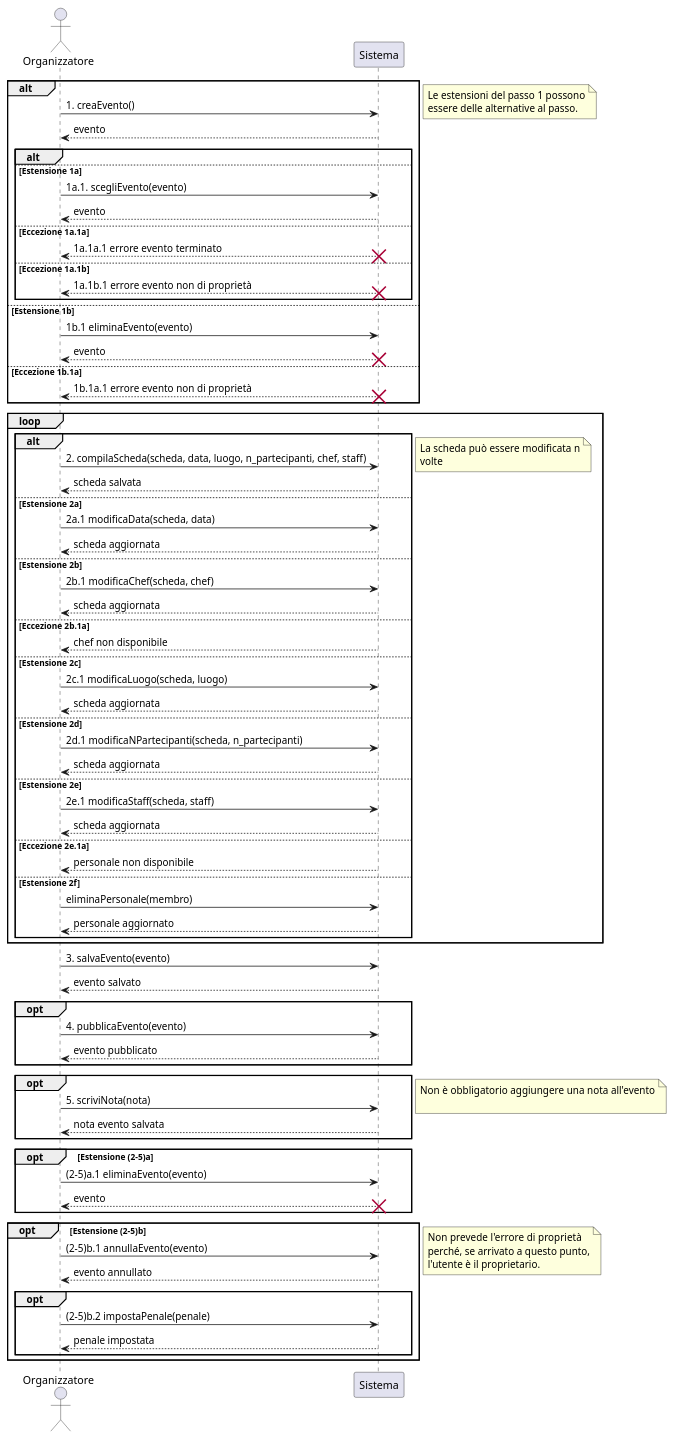
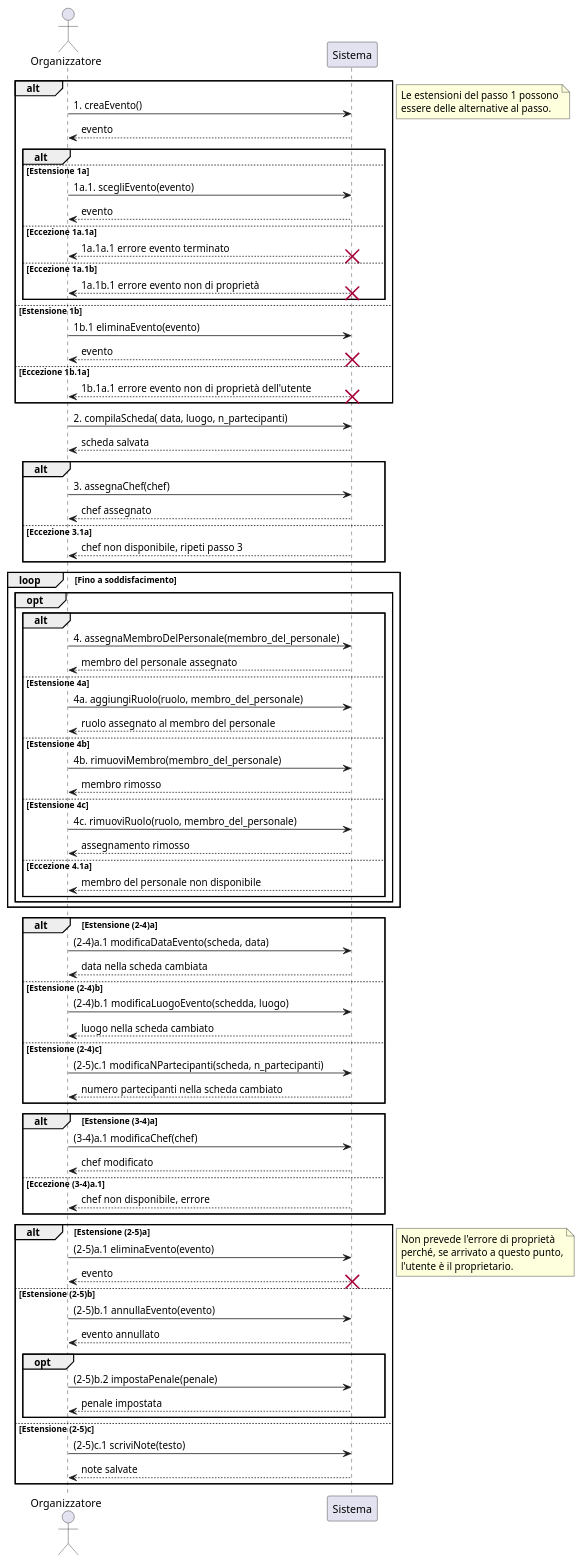
Before and after one commit to m0canu1/sas: the diagram in ssd/ssd-gestire-eventi.md, drawn with PlantUML. The commit also changed 1 other file, not shown here.

Commit message:
ssd aggiornati

````diff
--- a/ssd/ssd-gestire-eventi.md
+++ b/ssd/ssd-gestire-eventi.md
@@ -22,69 +22,70 @@
 		Sistema --> Organizzatore: evento
 		destroy Sistema
 	else Eccezione 1b.1a
-		Sistema --> Organizzatore : 1b.1a.1 errore evento non di proprietà
+		Sistema --> Organizzatore : 1b.1a.1 errore evento non di proprietà dell'utente
 		destroy Sistema
 
 end
-note right: Le estensioni del passo 1 possono\nessere delle alternative al passo.
-    loop 
-            alt
-    	    Organizzatore -> Sistema : 2. compilaScheda(scheda, data, luogo, n_partecipanti, chef, staff)
-    		Sistema --> Organizzatore : scheda salvata
-            else Estensione 2a
-    			Organizzatore -> Sistema : 2a.1 modificaData(scheda, data)
-    			Sistema --> Organizzatore : scheda aggiornata
-    		else Estensione 2b 
-                Organizzatore -> Sistema : 2b.1 modificaChef(scheda, chef)
-                Sistema --> Organizzatore : scheda aggiornata
-    		else Eccezione 2b.1a 
-    			Sistema --> Organizzatore : chef non disponibile
-            else Estensione 2c
-                Organizzatore -> Sistema : 2c.1 modificaLuogo(scheda, luogo)
-                Sistema --> Organizzatore: scheda aggiornata
-            else Estensione 2d
-                Organizzatore -> Sistema : 2d.1 modificaNPartecipanti(scheda, n_partecipanti)
-                Sistema --> Organizzatore : scheda aggiornata
-            else Estensione 2e
-                Organizzatore -> Sistema : 2e.1 modificaStaff(scheda, staff)
-                Sistema --> Organizzatore : scheda aggiornata
-    	    else Eccezione 2e.1a
-    			Sistema --> Organizzatore : personale non disponibile
-            else Estensione 2f
-                Organizzatore -> Sistema : eliminaPersonale(membro)
-                Sistema --> Organizzatore : personale aggiornato
-            end
-                
-    		note right: La scheda può essere modificata n\nvolte
-    
+note right: Le estensioni del passo 1 possono\nessere delle alternative al passo. 
+   	Organizzatore -> Sistema : 2. compilaScheda( data, luogo, n_partecipanti)
+ 	Sistema --> Organizzatore : scheda salvata
+    alt
+        Organizzatore -> Sistema : 3. assegnaChef(chef)
+        Sistema --> Organizzatore: chef assegnato
+    else Eccezione 3.1a
+        Sistema --> Organizzatore: chef non disponibile, ripeti passo 3
     end
-    
-    Organizzatore -> Sistema : 3. salvaEvento(evento)
-    Sistema --> Organizzatore: evento salvato
-    
+loop Fino a soddisfacimento
     opt
-    Organizzatore -> Sistema : 4. pubblicaEvento(evento)
-    Sistema --> Organizzatore: evento pubblicato
+        alt
+            Organizzatore -> Sistema : 4. assegnaMembroDelPersonale(membro_del_personale)
+            Sistema --> Organizzatore: membro del personale assegnato
+        else Estensione 4a
+            Organizzatore -> Sistema : 4a. aggiungiRuolo(ruolo, membro_del_personale)
+            Sistema --> Organizzatore: ruolo assegnato al membro del personale
+        else Estensione 4b 
+            Organizzatore -> Sistema : 4b. rimuoviMembro(membro_del_personale)
+            Sistema --> Organizzatore: membro rimosso
+        else Estensione 4c
+            Organizzatore -> Sistema : 4c. rimuoviRuolo(ruolo, membro_del_personale)
+            Sistema --> Organizzatore: assegnamento rimosso
+        else Eccezione 4.1a
+            Sistema --> Organizzatore: membro del personale non disponibile
+        end
     end
-    
-    opt
-    	Organizzatore -> Sistema : 5. scriviNota(nota)
-    	Sistema --> Organizzatore : nota evento salvata
-    end
-    note right: Non è obbligatorio aggiungere una nota all'evento\n
-    
-opt Estensione (2-5)a
+end
+
+alt Estensione (2-4)a
+    Organizzatore -> Sistema: (2-4)a.1 modificaDataEvento(scheda, data)
+    Sistema --> Organizzatore: data nella scheda cambiata
+else Estensione (2-4)b
+    Organizzatore -> Sistema: (2-4)b.1 modificaLuogoEvento(schedda, luogo)
+    Sistema --> Organizzatore: luogo nella scheda cambiato
+else Estensione (2-4)c
+    Organizzatore -> Sistema: (2-5)c.1 modificaNPartecipanti(scheda, n_partecipanti)
+    Sistema --> Organizzatore: numero partecipanti nella scheda cambiato
+end
+alt Estensione (3-4)a
+    Organizzatore -> Sistema: (3-4)a.1 modificaChef(chef)
+    Sistema --> Organizzatore: chef modificato
+else Eccezione (3-4)a.1
+    Sistema --> Organizzatore: chef non disponibile, errore
+end    
+alt Estensione (2-5)a
     	Organizzatore -> Sistema : (2-5)a.1 eliminaEvento(evento)
     	Sistema --> Organizzatore : evento
     	destroy Sistema
-end
-opt  Estensione (2-5)b
+else  Estensione (2-5)b
     	Organizzatore -> Sistema : (2-5)b.1 annullaEvento(evento)
     	Sistema --> Organizzatore : evento annullato
         opt
             Organizzatore -> Sistema : (2-5)b.2 impostaPenale(penale)
             Sistema --> Organizzatore : penale impostata
         end
+else  Estensione (2-5)c
+        Organizzatore -> Sistema : (2-5)c.1 scriviNote(testo)
+        Sistema --> Organizzatore : note salvate
 end
+
 note right: Non prevede l'errore di proprietà\nperché, se arrivato a questo punto,\nl'utente è il proprietario.
 ```
````
